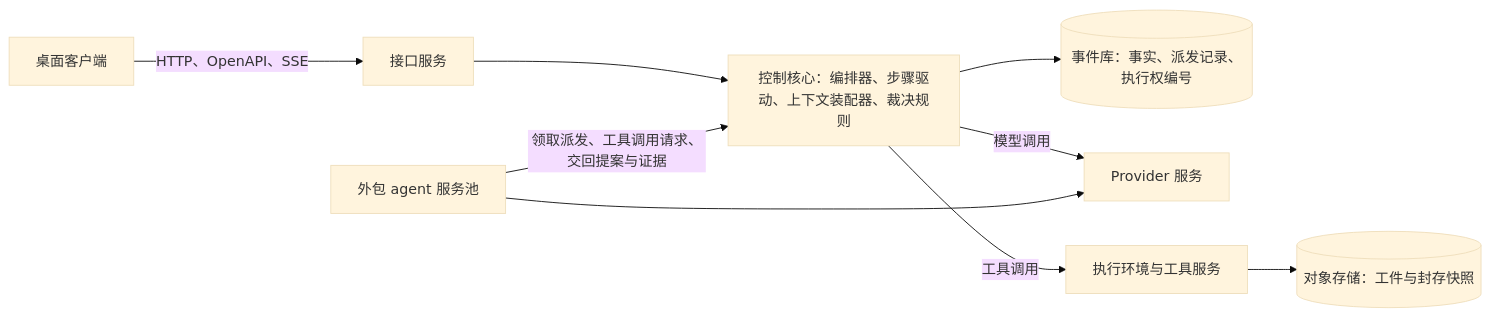
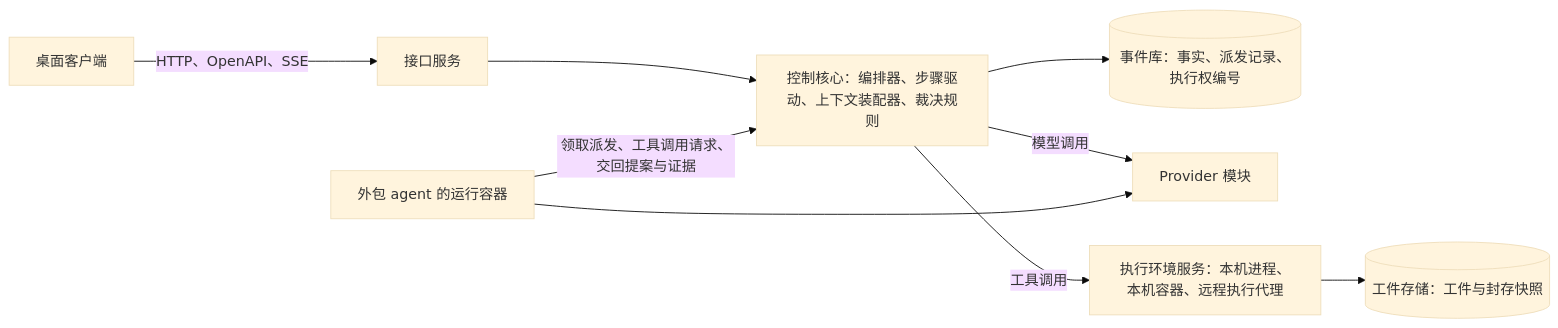
Before and after one commit to bender2333/yudao: the second of 2 diagrams in docs/design/architecture/core-and-materials.md, drawn with Mermaid (base theme). The commit also changed other lines of this file and 36 other files, not shown here.

````diff
--- a/docs/design/architecture/core-and-materials.md
+++ b/docs/design/architecture/core-and-materials.md
@@ -202,11 +204,11 @@
 ```mermaid
 flowchart LR
   Desktop["桌面客户端"] -->|"HTTP、OpenAPI、SSE"| Gateway["接口服务"]
   Gateway --> Core["控制核心：编排器、步骤驱动、上下文装配器、裁决规则"]
   Core --> Events[("事件库：事实、派发记录、执行权编号")]
-  Core -->|"模型调用"| Provider["Provider 服务"]
-  Core -->|"工具调用"| Tools["执行环境与工具服务"]
-  Ext["外包 agent 服务池"] -->|"领取派发、工具调用请求、交回提案与证据"| Core
+  Core -->|"模型调用"| Provider["Provider 模块"]
+  Core -->|"工具调用"| Tools["执行环境服务：本机进程、本机容器、远程执行代理"]
+  Ext["外包 agent 的运行容器"] -->|"领取派发、工具调用请求、交回提案与证据"| Core
   Ext --> Provider
-  Tools --> Objects[("对象存储：工件与封存快照")]
+  Tools --> Objects[("工件存储：工件与封存快照")]
 ```
````
